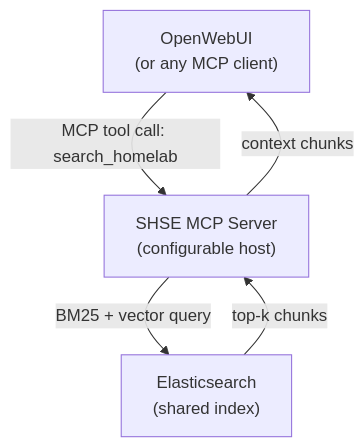
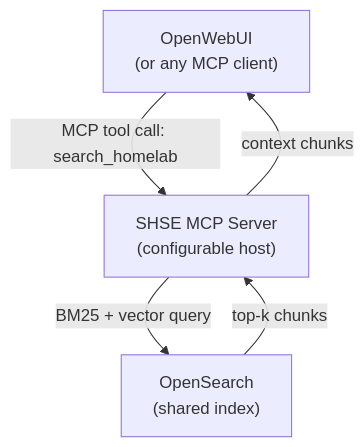
Before and after one commit to eyeclept/SHSE: the fifth of 5 diagrams in DesignDoc.md, drawn with Mermaid. The commit also changed other lines of this file and 3 other files, not shown here.

````diff
--- a/DesignDoc.md
+++ b/DesignDoc.md
@@ -395,11 +395,11 @@
 ```mermaid
 graph TD
     OWU["OpenWebUI\n(or any MCP client)"]
     MCP["SHSE MCP Server\n(configurable host)"]
-    ES["Elasticsearch\n(shared index)"]
+    OS["OpenSearch\n(shared index)"]
 
     OWU -->|MCP tool call: search_homelab| MCP
-    MCP -->|BM25 + vector query| ES
-    ES -->|top-k chunks| MCP
+    MCP -->|BM25 + vector query| OS
+    OS -->|top-k chunks| MCP
     MCP -->|context chunks| OWU
 ```
````
